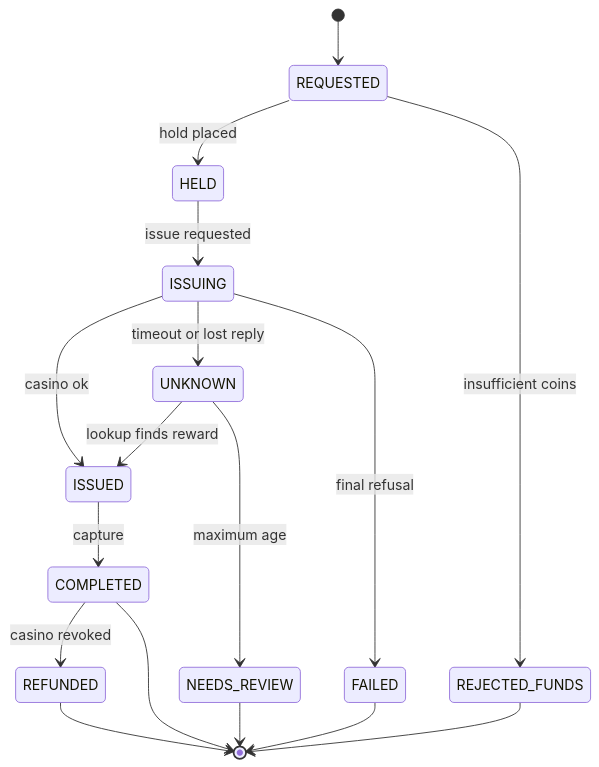
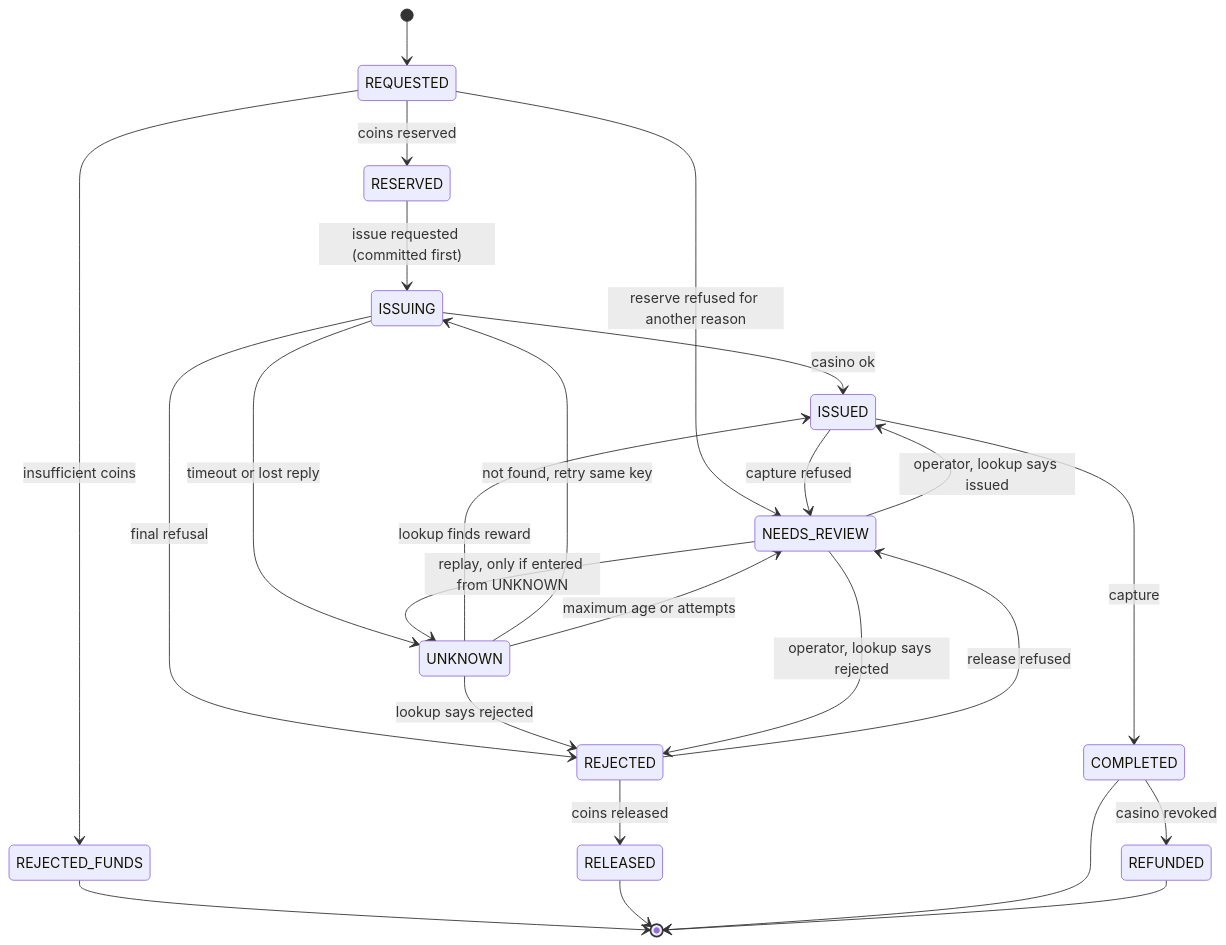
Before and after one commit to maxml/ex-mio-games: the fifth of 5 diagrams in docs/architecture/README.md, drawn with Mermaid. The commit also changed other lines of this file and 26 other files, not shown here.

First line of the commit message:
docs: reconcile architecture, ADRs, Part C/D/E and README with the integrated code

````diff
--- a/docs/architecture/README.md
+++ b/docs/architecture/README.md
@@ -181,19 +198,27 @@
 ```mermaid
 stateDiagram-v2
   [*] --> REQUESTED
-  REQUESTED --> HELD: hold placed
+  REQUESTED --> RESERVED: coins reserved
   REQUESTED --> REJECTED_FUNDS: insufficient coins
-  HELD --> ISSUING: issue requested
+  REQUESTED --> NEEDS_REVIEW: reserve refused for another reason
+  RESERVED --> ISSUING: issue requested (committed first)
   ISSUING --> ISSUED: casino ok
   ISSUING --> UNKNOWN: timeout or lost reply
-  ISSUING --> FAILED: final refusal
+  ISSUING --> REJECTED: final refusal
   UNKNOWN --> ISSUED: lookup finds reward
-  UNKNOWN --> NEEDS_REVIEW: maximum age
+  UNKNOWN --> ISSUING: not found, retry same key
+  UNKNOWN --> REJECTED: lookup says rejected
+  UNKNOWN --> NEEDS_REVIEW: maximum age or attempts
+  REJECTED --> RELEASED: coins released
+  REJECTED --> NEEDS_REVIEW: release refused
   ISSUED --> COMPLETED: capture
+  ISSUED --> NEEDS_REVIEW: capture refused
   COMPLETED --> REFUNDED: casino revoked
+  NEEDS_REVIEW --> ISSUED: operator, lookup says issued
+  NEEDS_REVIEW --> REJECTED: operator, lookup says rejected
+  NEEDS_REVIEW --> UNKNOWN: replay, only if entered from UNKNOWN
   REJECTED_FUNDS --> [*]
-  FAILED --> [*]
-  NEEDS_REVIEW --> [*]
+  RELEASED --> [*]
   COMPLETED --> [*]
   REFUNDED --> [*]
 ```
````
